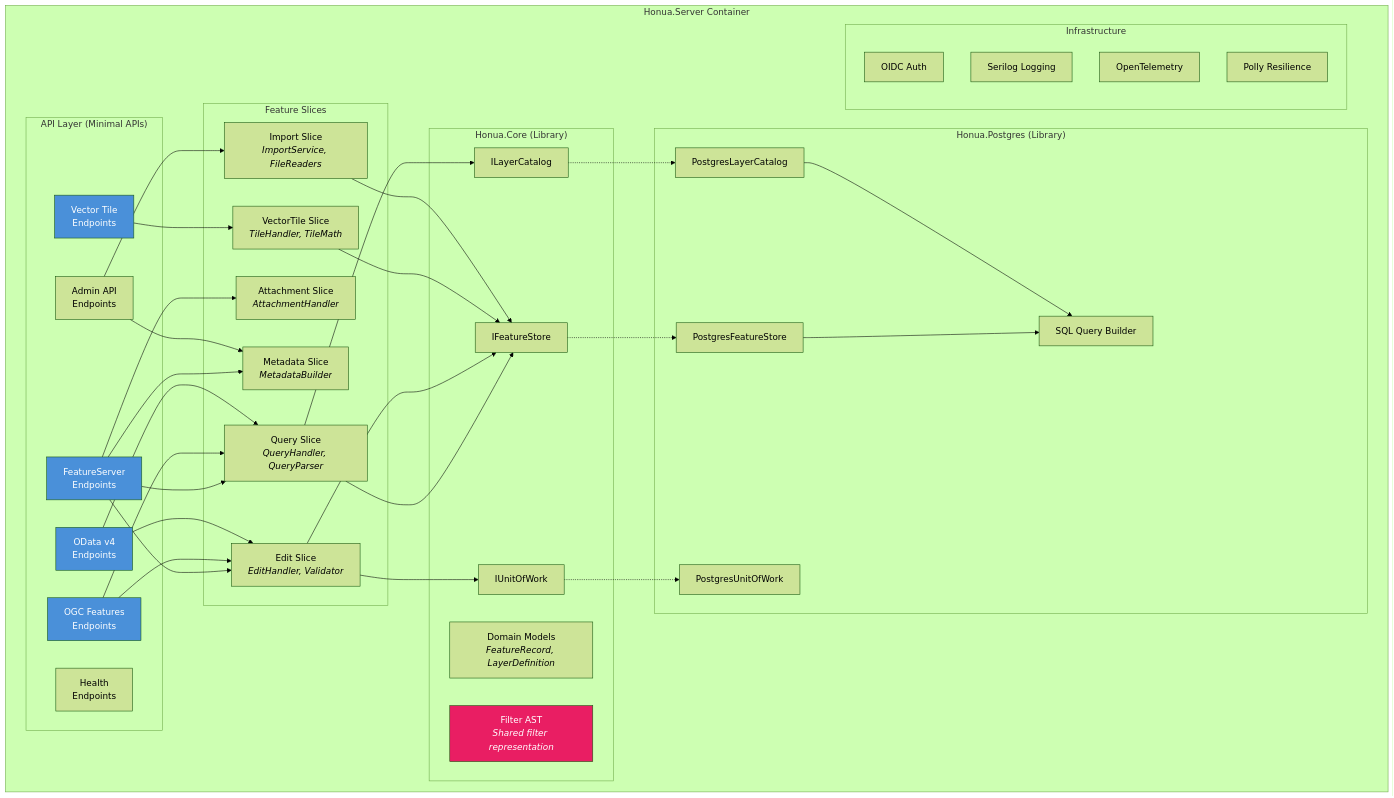
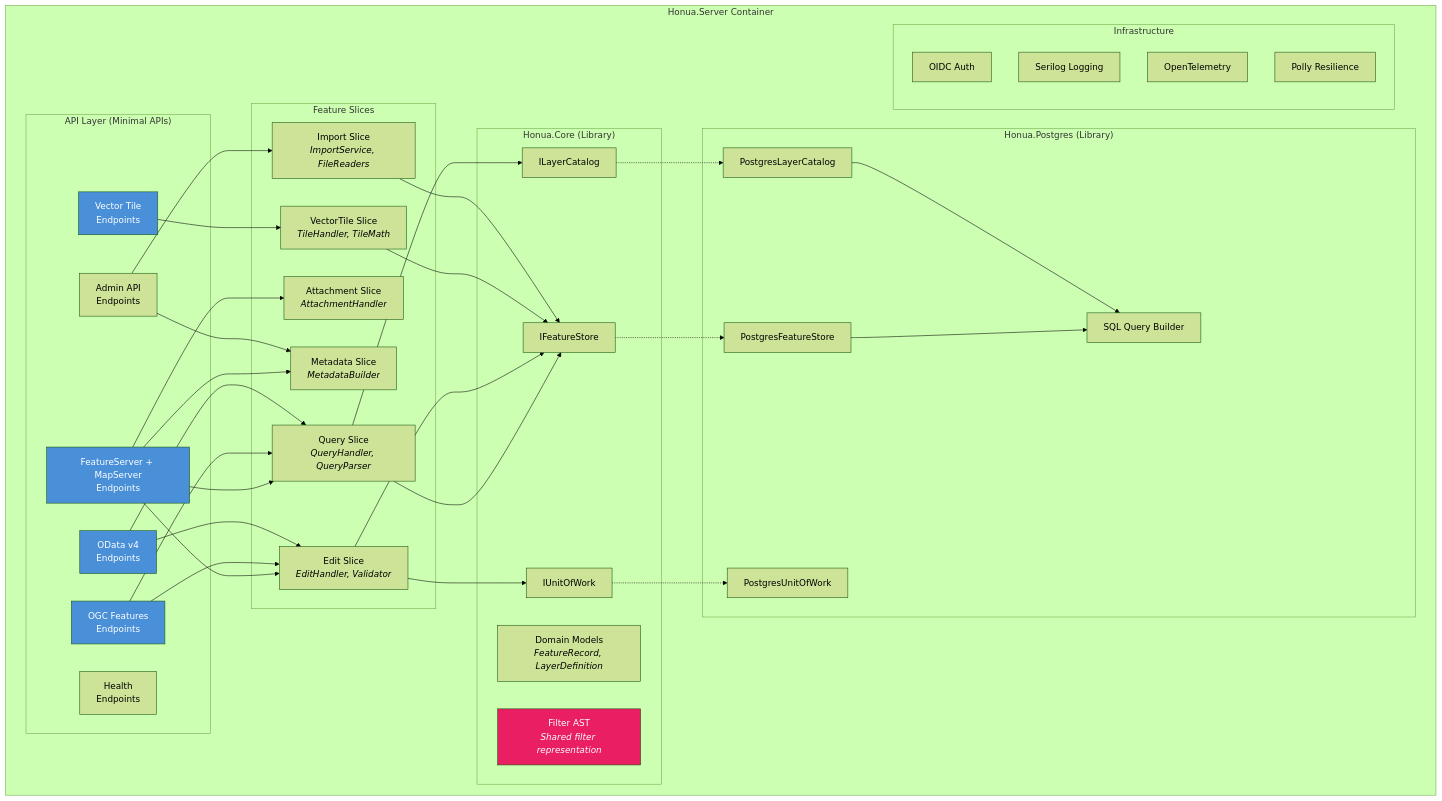
One commit to honua-io/honua-server changed the fourth of 12 diagrams in docs/contributor/ARCHITECTURE_DIAGRAMS.md. Above: the diagram before and after it, drawn with Mermaid (forest theme). The commit also changed other lines of this file and 17 other files, not shown here.

Commit message:
docs: include MapServer across docs and site (#297)

````diff
--- a/docs/contributor/ARCHITECTURE_DIAGRAMS.md
+++ b/docs/contributor/ARCHITECTURE_DIAGRAMS.md
@@ -122,76 +122,76 @@
 ```mermaid
 graph TB
     subgraph "Honua.Server Container"
         subgraph "API Layer (Minimal APIs)"
-            FS[FeatureServer<br/>Endpoints]
+            FS[FeatureServer + MapServer<br/>Endpoints]
             OGC[OGC Features<br/>Endpoints]
             OData[OData v4<br/>Endpoints]
             MVT[Vector Tile<br/>Endpoints]
             AdminAPI[Admin API<br/>Endpoints]
             Health[Health<br/>Endpoints]
         end
 
         subgraph "Feature Slices"
             Query[Query Slice<br/><i>QueryHandler, QueryParser</i>]
             Edit[Edit Slice<br/><i>EditHandler, Validator</i>]
             Attach[Attachment Slice<br/><i>AttachmentHandler</i>]
             Tiles[VectorTile Slice<br/><i>TileHandler, TileMath</i>]
             Import[Import Slice<br/><i>ImportService, FileReaders</i>]
             Meta[Metadata Slice<br/><i>MetadataBuilder</i>]
         end
 
         subgraph "Honua.Core (Library)"
             Store[IFeatureStore]
             Catalog[ILayerCatalog]
             UoW[IUnitOfWork]
             Models[Domain Models<br/><i>FeatureRecord, LayerDefinition</i>]
             FilterAST[Filter AST<br/><i>Shared filter representation</i>]
         end
 
         subgraph "Honua.Postgres (Library)"
             PgStore[PostgresFeatureStore]
             PgCatalog[PostgresLayerCatalog]
             PgUoW[PostgresUnitOfWork]
             SqlBuilder[SQL Query Builder]
         end
 
         subgraph "Infrastructure"
             Auth[OIDC Auth]
             Logging[Serilog Logging]
             OTel[OpenTelemetry]
             Resilience[Polly Resilience]
         end
     end
 
     FS --> Query
     FS --> Edit
     FS --> Attach
     FS --> Meta
     OGC --> Query
     OGC --> Edit
     OData --> Query
     OData --> Edit
     MVT --> Tiles
     AdminAPI --> Import
     AdminAPI --> Meta
 
     Query --> Store
     Query --> Catalog
     Edit --> Store
     Edit --> UoW
     Tiles --> Store
     Import --> Store
 
     Store -.-> PgStore
     Catalog -.-> PgCatalog
     UoW -.-> PgUoW
 
     PgStore --> SqlBuilder
     PgCatalog --> SqlBuilder
 
     style FS fill:#4A90D9,color:#fff
     style OGC fill:#4A90D9,color:#fff
     style OData fill:#4A90D9,color:#fff
     style MVT fill:#4A90D9,color:#fff
     style FilterAST fill:#E91E63,color:#fff
 ```
````
